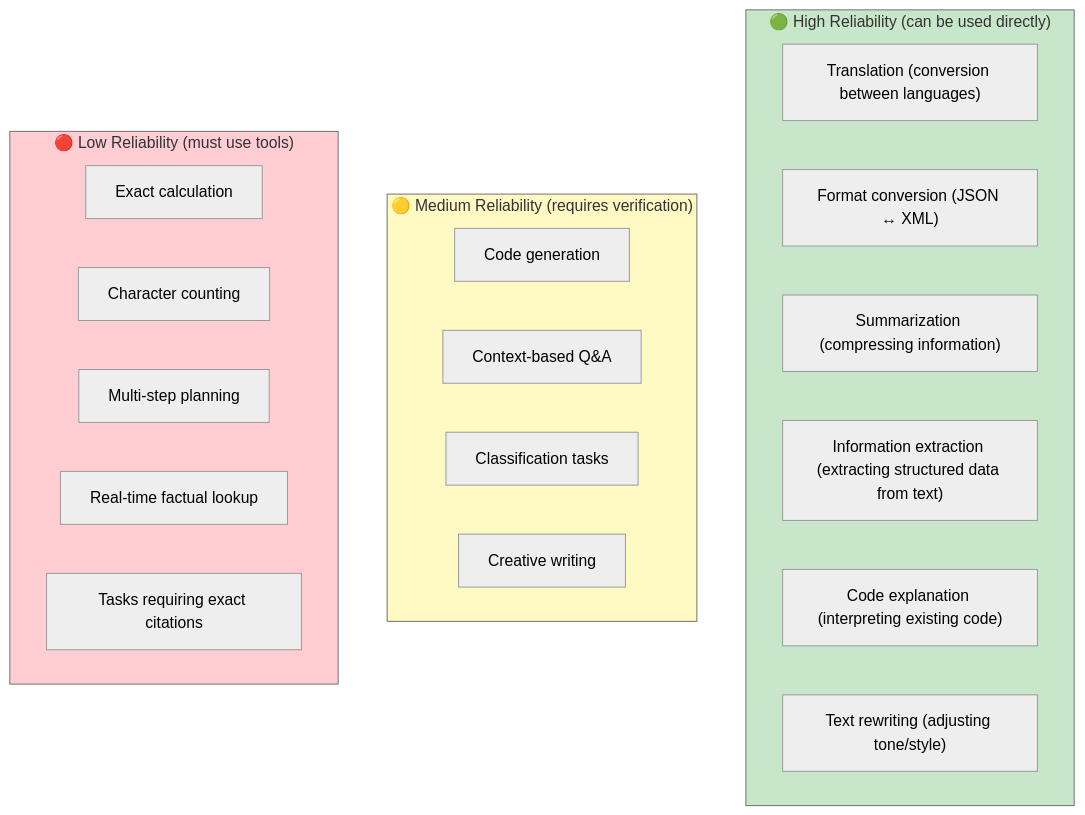
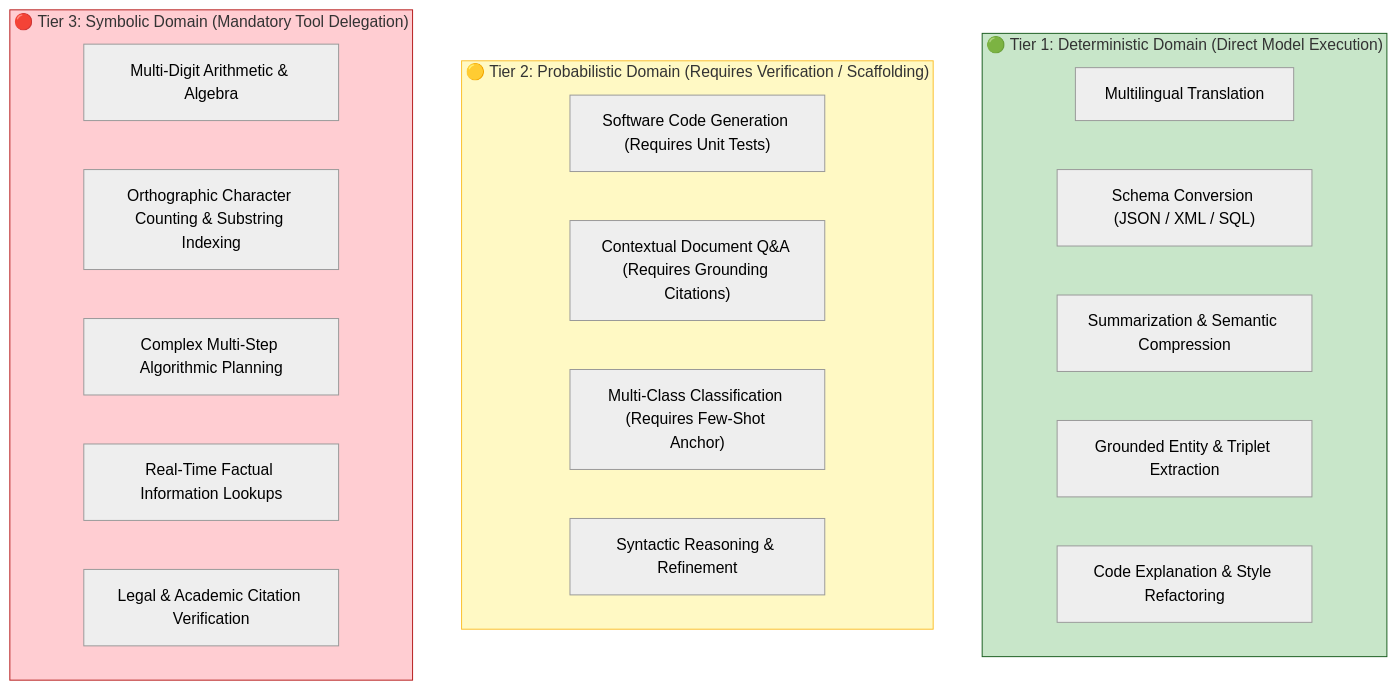
The seventh of 9 diagrams in en/chapters/06-limitations.md (yingwang/thinking-in-llm), drawn with Mermaid (neutral theme) before and after one commit. The commit also changed other lines of this file and 31 other files, not shown here.

````diff
--- a/en/chapters/06-limitations.md
+++ b/en/chapters/06-limitations.md
@@ -513,30 +407,29 @@
 ```mermaid
 graph TD
-    subgraph high_reliability["🟢 High Reliability (can be used directly)"]
-        T1["Translation (conversion between languages)"]
-        T2["Format conversion (JSON ↔ XML)"]
-        T3["Summarization (compressing information)"]
-        T4["Information extraction (extracting structured data from text)"]
-        T5["Code explanation (interpreting existing code)"]
-        T6["Text rewriting (adjusting tone/style)"]
+    subgraph high_reliability["🟢 Tier 1: Deterministic Domain (Direct Model Execution)"]
+        T1["Multilingual Translation"]
+        T2["Schema Conversion (JSON / XML / SQL)"]
+        T3["Summarization & Semantic Compression"]
+        T4["Grounded Entity & Triplet Extraction"]
+        T5["Code Explanation & Style Refactoring"]
     end
 
-    subgraph medium_reliability["🟡 Medium Reliability (requires verification)"]
-        T7["Code generation"]
-        T8["Context-based Q&A"]
-        T9["Classification tasks"]
-        T10["Creative writing"]
+    subgraph medium_reliability["🟡 Tier 2: Probabilistic Domain (Requires Verification / Scaffolding)"]
+        T7["Software Code Generation (Requires Unit Tests)"]
+        T8["Contextual Document Q&A (Requires Grounding Citations)"]
+        T9["Multi-Class Classification (Requires Few-Shot Anchor)"]
+        T10["Syntactic Reasoning & Refinement"]
     end
 
-    subgraph low_reliability["🔴 Low Reliability (must use tools)"]
-        T11["Exact calculation"]
-        T12["Character counting"]
-        T13["Multi-step planning"]
-        T14["Real-time factual lookup"]
-        T15["Tasks requiring exact citations"]
+    subgraph low_reliability["🔴 Tier 3: Symbolic Domain (Mandatory Tool Delegation)"]
+        T11["Multi-Digit Arithmetic & Algebra"]
+        T12["Orthographic Character Counting & Substring Indexing"]
+        T13["Complex Multi-Step Algorithmic Planning"]
+        T14["Real-Time Factual Information Lookups"]
+        T15["Legal & Academic Citation Verification"]
     end
 
-    style high_reliability fill:#c8e6c9
-    style medium_reliability fill:#fff9c4
-    style low_reliability fill:#ffcdd2
+    style high_reliability fill:#c8e6c9,stroke:#1b5e20
+    style medium_reliability fill:#fff9c4,stroke:#fbc02d
+    style low_reliability fill:#ffcdd2,stroke:#b71c1c
 ```
````
